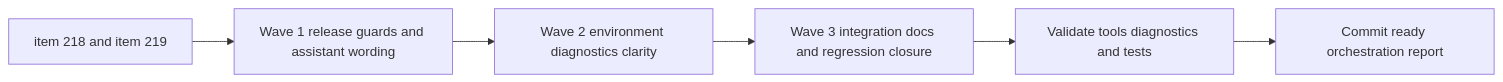
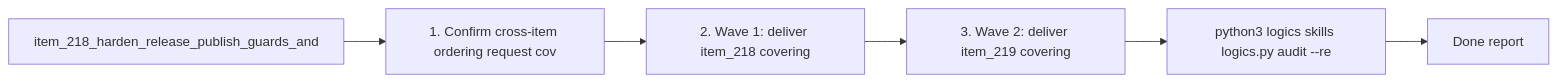
Before and after one commit to AlexAgo83/logics-manager: the diagram in logics/tasks/task_111_orchestration_delivery_for_req_122_and_req_123_across_release_guardrails_assistant_wording_and_environment_diagnostics_clarity.md, drawn with Mermaid. The commit also changed other lines of this file and 481 other files, not shown here.

````diff
--- a/logics/tasks/task_111_orchestration_delivery_for_req_122_and_req_123_across_release_guardrails_assistant_wording_and_environment_diagnostics_clarity.md
+++ b/logics/tasks/task_111_orchestration_delivery_for_req_122_and_req_123_across_release_guardrails_assistant_wording_and_environment_diagnostics_clarity.md
@@ -33,10 +33,10 @@
 ```mermaid
 %% logics-kind: task
 %% logics-signature: task|orchestration-delivery-for-req-122-and-r|item-218-harden-release-publish-guards-a|1-confirm-cross-item-ordering-request-co|python3-logics-skills-logics-py-audit-re
 flowchart LR
-    Start[item 218 and item 219] --> Wave1[Wave 1 release guards and assistant wording]
-    Wave1 --> Wave2[Wave 2 environment diagnostics clarity]
-    Wave2 --> Wave3[Wave 3 integration docs and regression closure]
-    Wave3 --> Validate[Validate tools diagnostics and tests]
-    Validate --> Report[Commit ready orchestration report]
+    Backlog[item_218_harden_release_publish_guards_and] --> Step1[1. Confirm cross-item ordering request cov]
+    Step1 --> Step2[2. Wave 1: deliver item_218 covering]
+    Step2 --> Step3[3. Wave 2: deliver item_219 covering]
+    Step3 --> Validation[python3 logics skills logics.py audit --re]
+    Validation --> Report[Done report]
 ```
````
